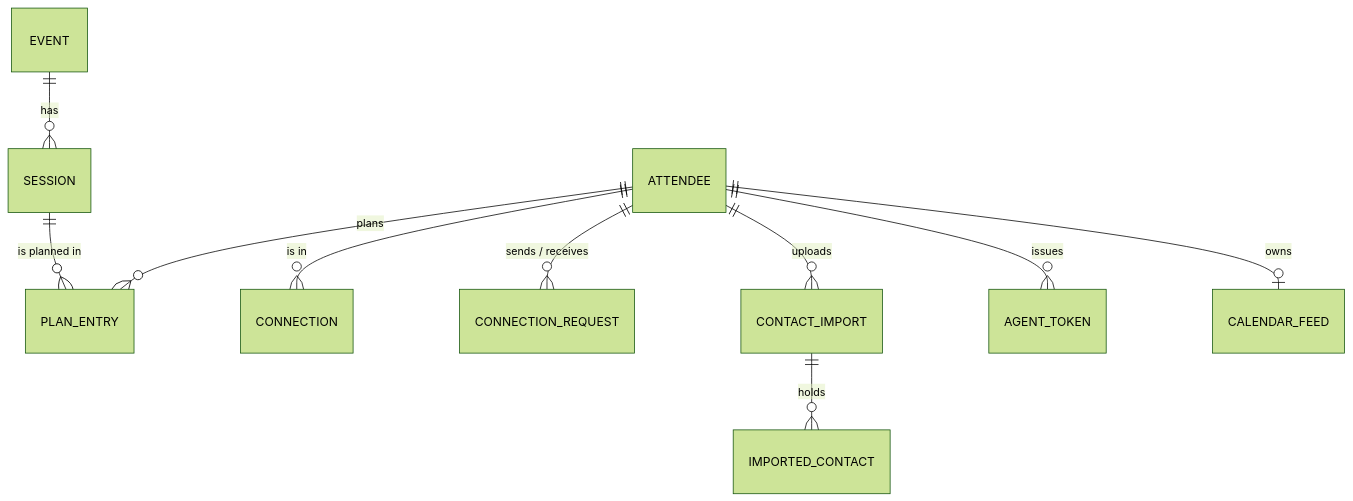
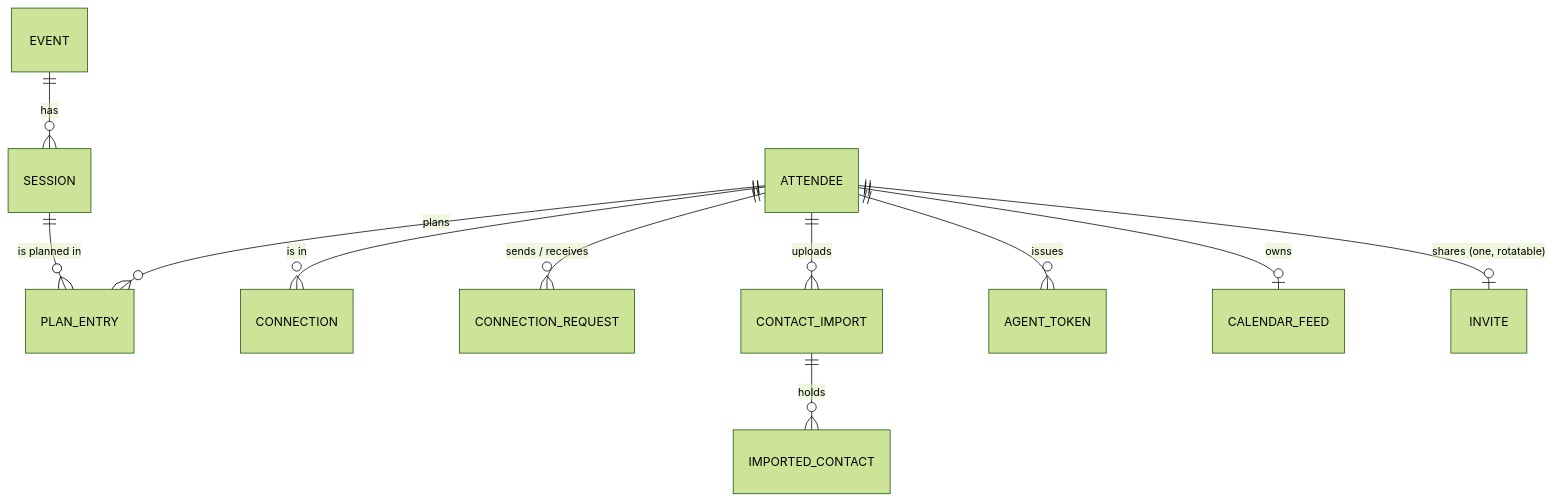
Before and after one commit to voidprojectssoftware/reinvent-hallway: the first of 2 diagrams in docs/architecture/domain.md, drawn with Mermaid (forest theme). The commit also changed other lines of this file and 17 other files, not shown here.

````diff
--- a/docs/architecture/domain.md
+++ b/docs/architecture/domain.md
@@ -50,12 +50,13 @@
 ```mermaid
 erDiagram
   ATTENDEE ||--o{ PLAN_ENTRY : plans
   SESSION ||--o{ PLAN_ENTRY : "is planned in"
   EVENT ||--o{ SESSION : has
   ATTENDEE ||--o{ CONNECTION : "is in"
   ATTENDEE ||--o{ CONNECTION_REQUEST : "sends / receives"
   ATTENDEE ||--o{ CONTACT_IMPORT : uploads
   CONTACT_IMPORT ||--o{ IMPORTED_CONTACT : holds
   ATTENDEE ||--o{ AGENT_TOKEN : issues
   ATTENDEE ||--o| CALENDAR_FEED : owns
+  ATTENDEE ||--o| INVITE : "shares (one, rotatable)"
 ```
````
